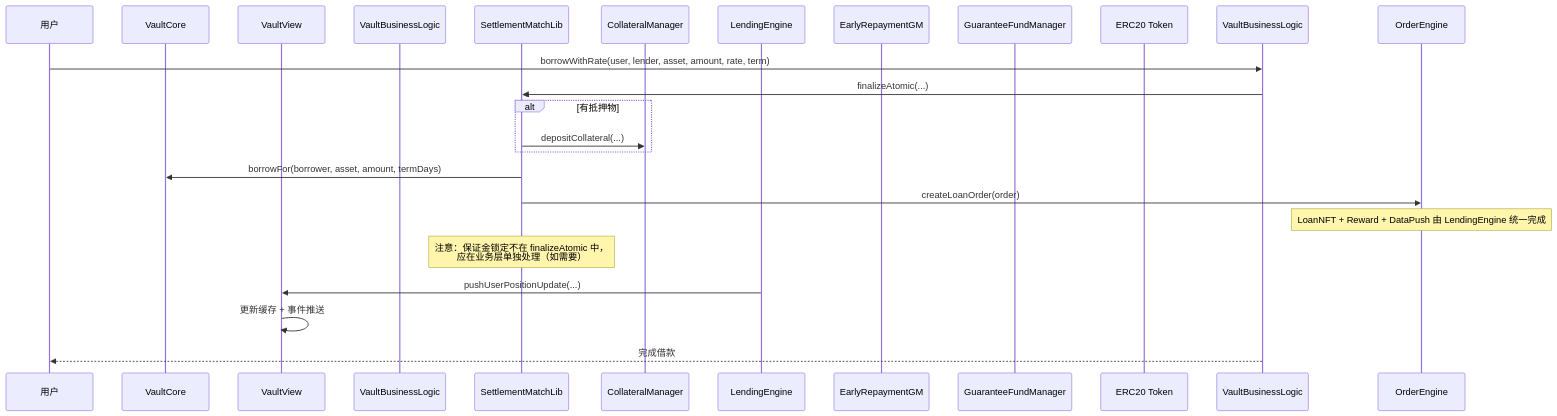
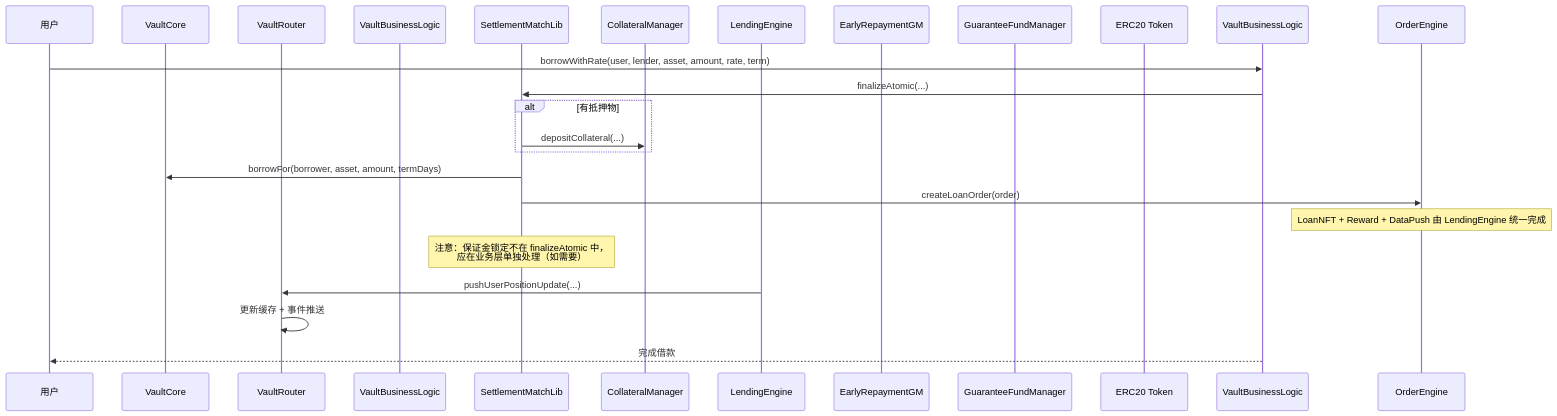
The third of 4 diagrams in docs/PlatformLogic.md (Anyawb/contracts), drawn with Mermaid before and after one commit. The commit also changed other lines of this file and 303 other files, not shown here.

````diff
--- a/docs/PlatformLogic.md
+++ b/docs/PlatformLogic.md
@@ -1104,31 +1104,31 @@
 ```mermaid
 sequenceDiagram
     participant User as 用户
     participant VaultCore as VaultCore
-    participant VaultView as VaultView
+    participant VaultRouter as VaultRouter
     participant VaultBL as VaultBusinessLogic
     participant Settlement as SettlementMatchLib
     participant CM as CollateralManager
     participant LE as LendingEngine
     participant ERGM as EarlyRepaymentGM
     participant GFM as GuaranteeFundManager
     participant Token as ERC20 Token
 
     User->>VaultBusinessLogic: borrowWithRate(user, lender, asset, amount, rate, term)
     VaultBusinessLogic->>Settlement: finalizeAtomic(...)
     
     alt 有抵押物
         Settlement->>CM: depositCollateral(...)
     end
     
     Settlement->>VaultCore: borrowFor(borrower, asset, amount, termDays)
     Settlement->>OrderEngine: createLoanOrder(order)
     Note over OrderEngine: LoanNFT + Reward + DataPush 由 LendingEngine 统一完成
     
     Note over Settlement: 注意：保证金锁定不在 finalizeAtomic 中，<br/>应在业务层单独处理（如需要）
     
-    LE->>VaultView: pushUserPositionUpdate(...)
-    VaultView->>VaultView: 更新缓存 + 事件推送
+    LE->>VaultRouter: pushUserPositionUpdate(...)
+    VaultRouter->>VaultRouter: 更新缓存 + 事件推送
     
     VaultBusinessLogic-->>User: 完成借款
 ```
````
